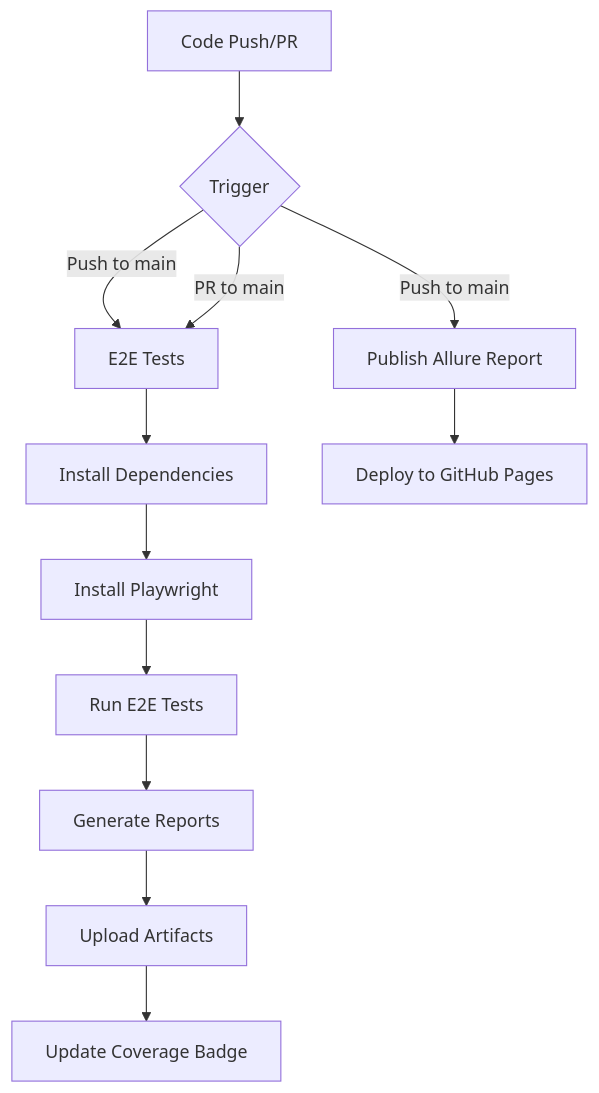
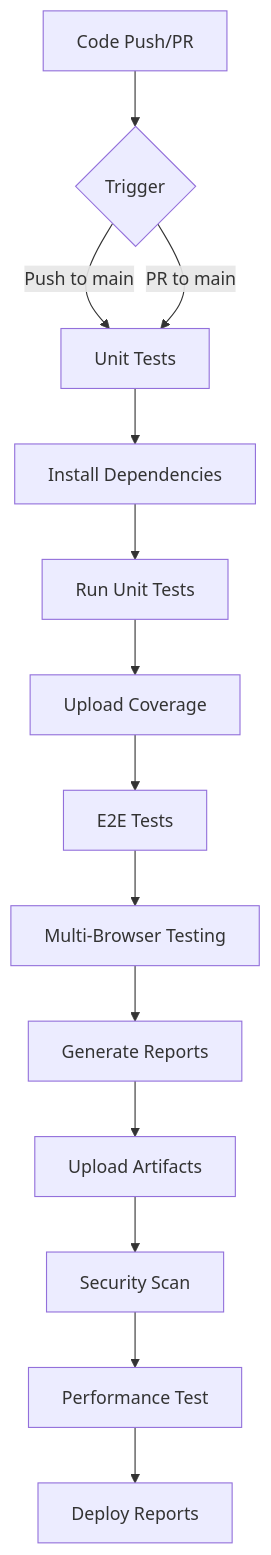
Before and after one commit to govinda777/open-invest-spotlight-dao: the first of 3 diagrams in CI_CD.md, drawn with Mermaid. The commit also changed other lines of this file and 5 other files, not shown here.

````diff
--- a/CI_CD.md
+++ b/CI_CD.md
@@ -11,14 +11,16 @@
 ```mermaid
 graph TD
     A[Code Push/PR] --> B{Trigger}
-    B -->|Push to main| C[E2E Tests]
+    B -->|Push to main| C[Unit Tests]
     B -->|PR to main| C
     C --> D[Install Dependencies]
-    D --> E[Install Playwright]
-    E --> F[Run E2E Tests]
-    F --> G[Generate Reports]
-    G --> H[Upload Artifacts]
-    H --> I[Update Coverage Badge]
-    B -->|Push to main| J[Publish Allure Report]
-    J --> K[Deploy to GitHub Pages]
+    D --> E[Run Unit Tests]
+    E --> F[Upload Coverage]
+    F --> G[E2E Tests]
+    G --> H[Multi-Browser Testing]
+    H --> I[Generate Reports]
+    I --> J[Upload Artifacts]
+    J --> K[Security Scan]
+    K --> L[Performance Test]
+    L --> M[Deploy Reports]
 ```
````
